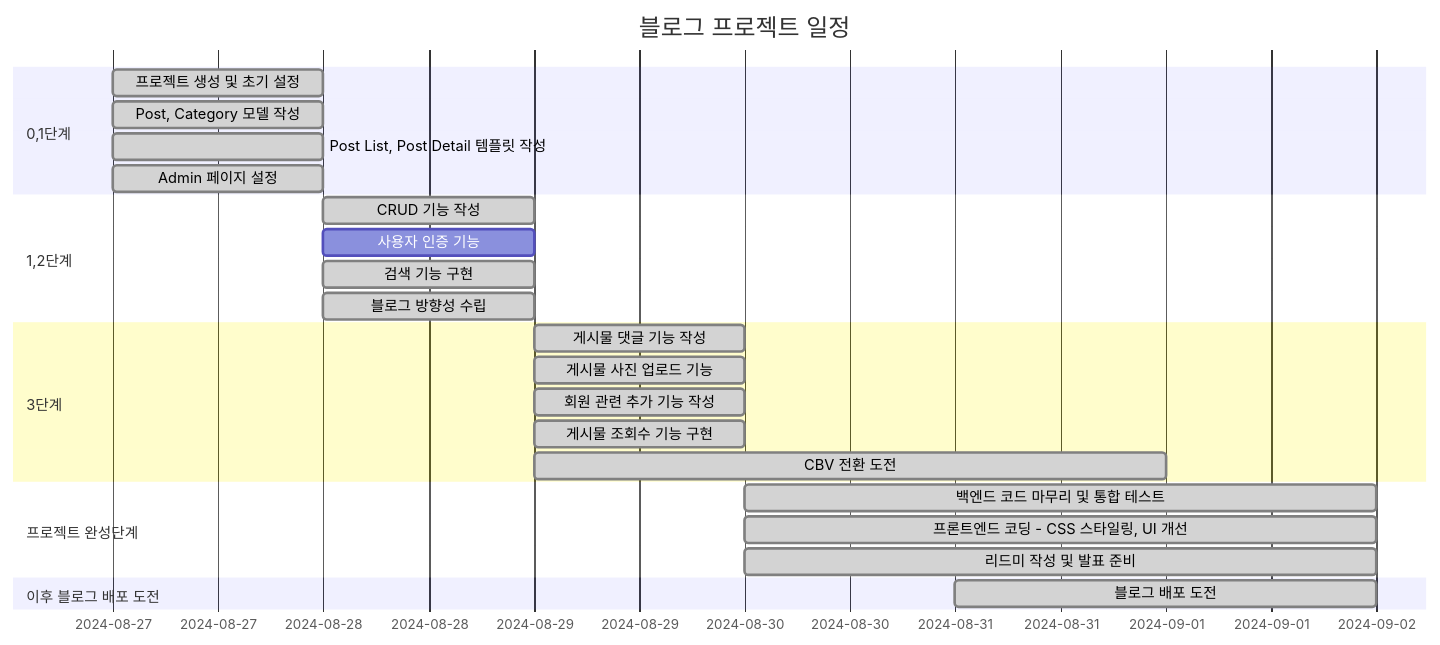
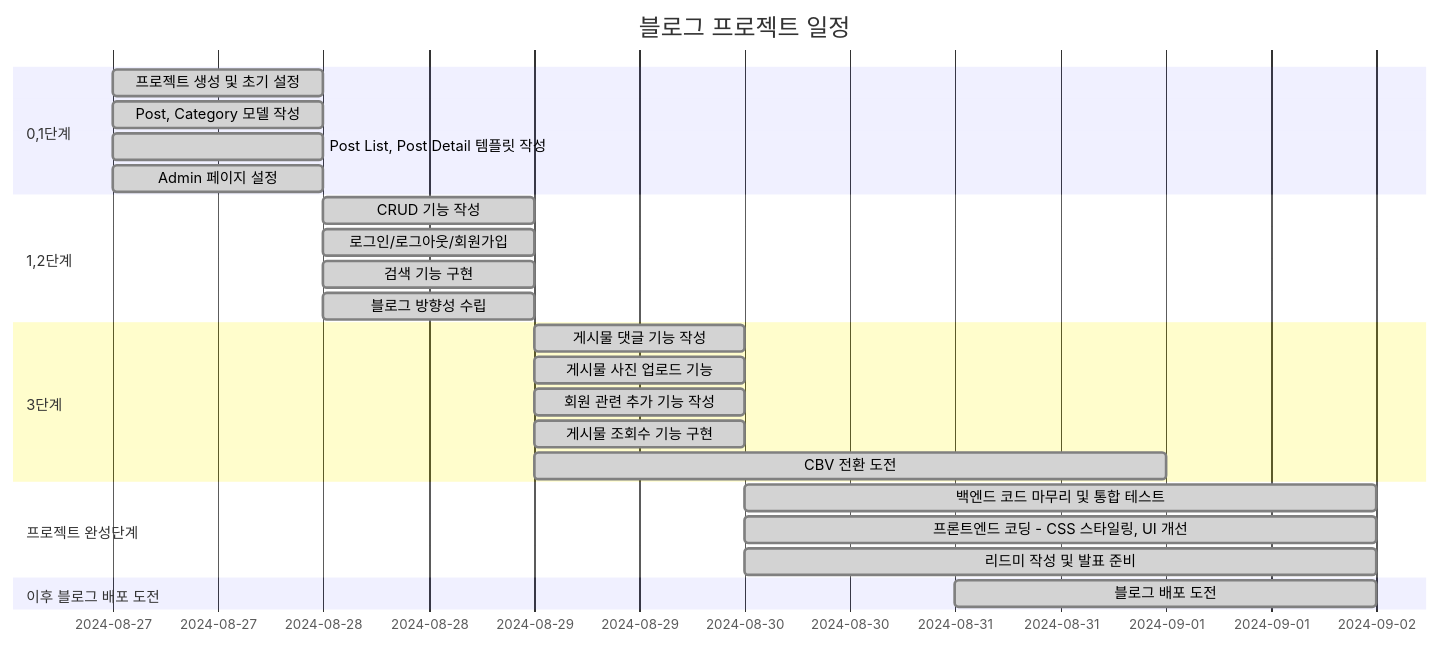
The diagram in README.md (HwangDal85/django_blog_project), drawn with Mermaid before and after one commit.

````diff
--- a/README.md
+++ b/README.md
@@ -4,31 +4,31 @@
 ```mermaid
 gantt
     title 블로그 프로젝트 일정
     dateFormat  YYYY-MM-DD
     section 0,1단계
     프로젝트 생성 및 초기 설정       :done, 2024-08-27, 1d
     Post, Category 모델 작성 :done, 2024-08-27, 1d
     Post List, Post Detail 템플릿 작성 :done, 2024-08-27, 1d
     Admin 페이지 설정                 :done, 2024-08-27, 1d
 
     section 1,2단계
     CRUD 기능 작성                  :done, 2024-08-28, 1d
-    사용자 인증 기능: 로그인/로그아웃/회원가입 :done, 2024-08-28, 1d
+    로그인/로그아웃/회원가입         :done, 2024-08-28, 1d
     검색 기능 구현                  :done, 2024-08-28, 1d
-    블로그 방향성 수립 :done, 2024-08-28, 1d
+    블로그 방향성 수립             :done, 2024-08-28, 1d
 
     section 3단계
     게시물 댓글 기능 작성           :done, 2024-08-29, 1d
     게시물 사진 업로드 기능           :done, 2024-08-29, 1d
     회원 관련 추가 기능 작성        :done, 2024-08-29, 1d
     게시물 조회수 기능 구현          :done, 2024-08-29, 1d
     CBV 전환 도전                   :done, 2024-08-29, 3d
 
     section 프로젝트 완성단계
     백엔드 코드 마무리 및 통합 테스트 :done, 2024-08-30, 3d
     프론트엔드 코딩 - CSS 스타일링, UI 개선 :done, 2024-08-30, 3d
     리드미 작성 및 발표 준비          :done, 2024-08-30, 3d
 
     section 이후 블로그 배포 도전
     블로그 배포 도전                :done, 2024-08-31, 2d
 ```
````
